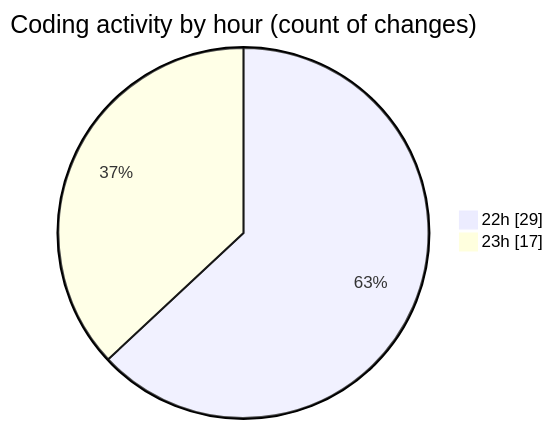
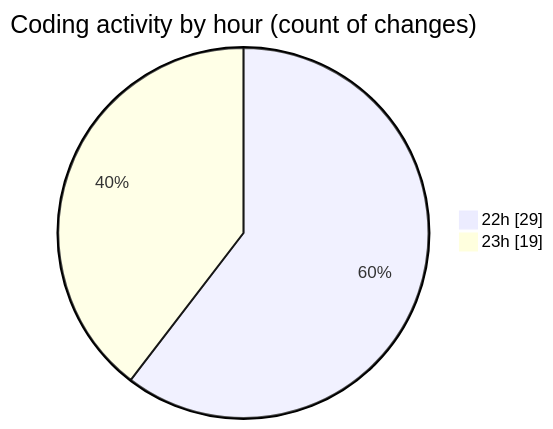
The second of 2 diagrams in 2025-10-19/scopecraft/README.md (Ritupan-Deka/code-tracking), drawn with Mermaid before and after one commit. The commit also changed other lines of this file and 1 other file, not shown here.

````diff
--- a/2025-10-19/scopecraft/README.md
+++ b/2025-10-19/scopecraft/README.md
@@ -35,6 +35,6 @@
 ```mermaid
 pie showData
 title Coding activity by hour (count of changes)
 "22h" : 29
-"23h" : 17
+"23h" : 19
 ```
````
